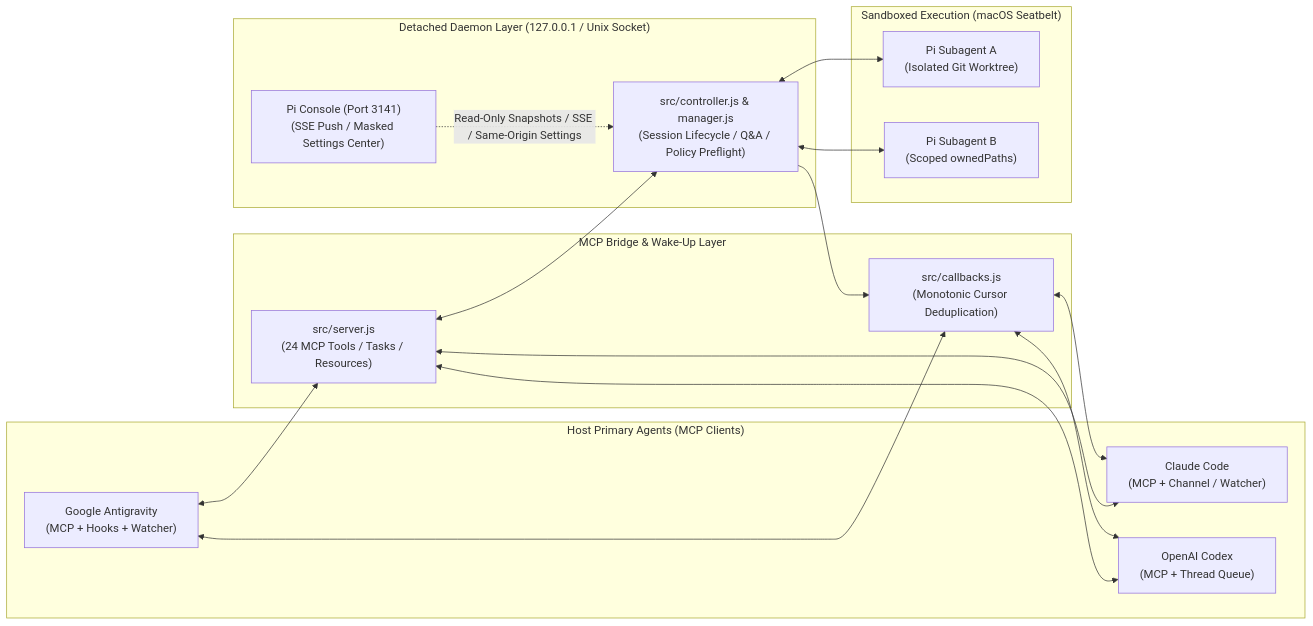
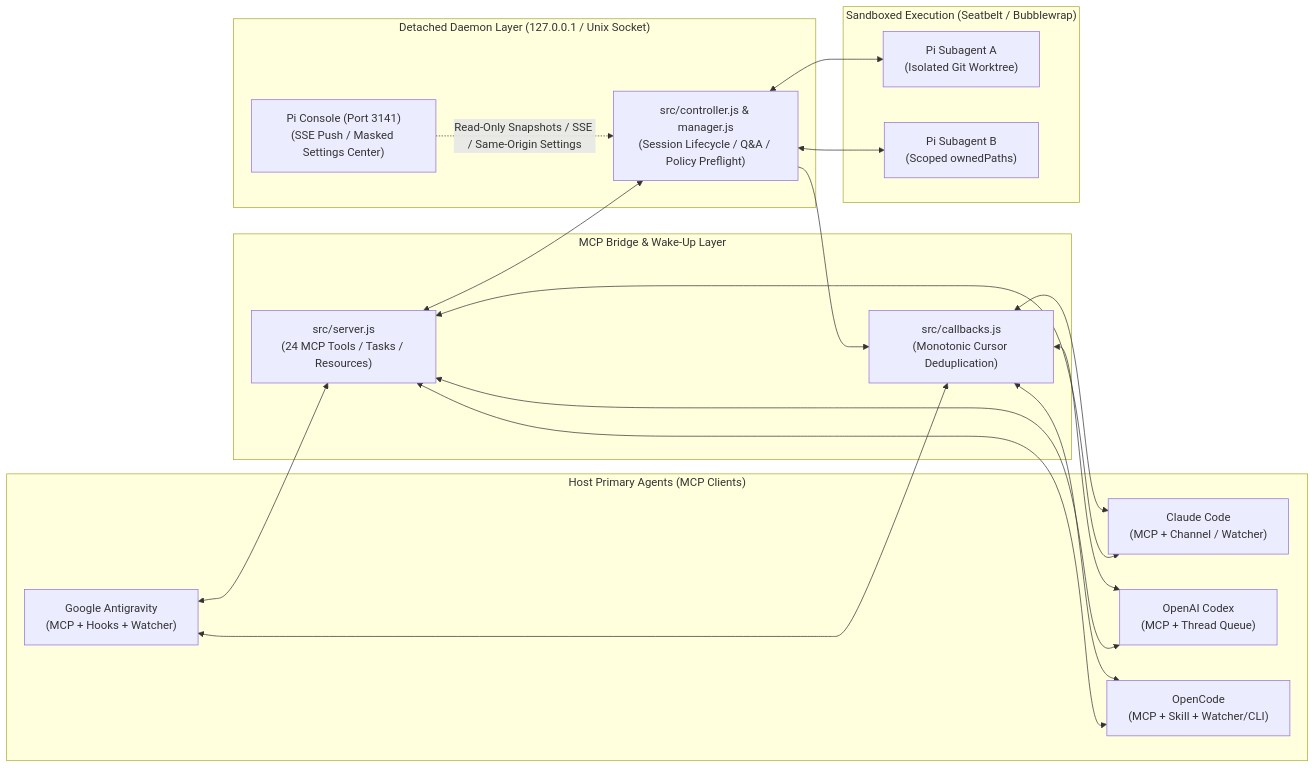
One commit to paintstar/PI-Server changed the diagram in README.en.md. Above: the diagram before and after it, drawn with Mermaid. The commit also changed other lines of this file and 8 other files, not shown here.

Commit message:
全面更新文档、仓库地址、四端架构图、双平台沙箱说明与 100 项测试记录

````diff
--- a/README.en.md
+++ b/README.en.md
@@ -39,35 +39,38 @@
 ```mermaid
 flowchart LR
   subgraph Hosts["Host Primary Agents (MCP Clients)"]
     AGY["Google Antigravity\n(MCP + Hooks + Watcher)"]
     CC["Claude Code\n(MCP + Channel / Watcher)"]
     CDX["OpenAI Codex\n(MCP + Thread Queue)"]
+    OC["OpenCode\n(MCP + Skill + Watcher/CLI)"]
   end
 
   subgraph Bridge["MCP Bridge & Wake-Up Layer"]
     SRV["src/server.js\n(24 MCP Tools / Tasks / Resources)"]
     CB["src/callbacks.js\n(Monotonic Cursor Deduplication)"]
   end
 
   subgraph Core["Detached Daemon Layer (127.0.0.1 / Unix Socket)"]
     CTRL["src/controller.js & manager.js\n(Session Lifecycle / Q&A / Policy Preflight)"]
     WEB["Pi Console (Port 3141)\n(SSE Push / Masked Settings Center)"]
   end
 
-  subgraph Workers["Sandboxed Execution (macOS Seatbelt)"]
+  subgraph Workers["Sandboxed Execution (Seatbelt / Bubblewrap)"]
     PI1["Pi Subagent A\n(Isolated Git Worktree)"]
     PI2["Pi Subagent B\n(Scoped ownedPaths)"]
   end
 
   AGY <--> SRV
   CC <--> SRV
   CDX <--> SRV
+  OC <--> SRV
   SRV <--> CTRL
   CB <--> AGY
   CB <--> CC
   CB <--> CDX
+  CB <--> OC
   CTRL --> CB
   CTRL <--> PI1
   CTRL <--> PI2
   WEB -. "Read-Only Snapshots / SSE / Same-Origin Settings" .-> CTRL
 ```
````
